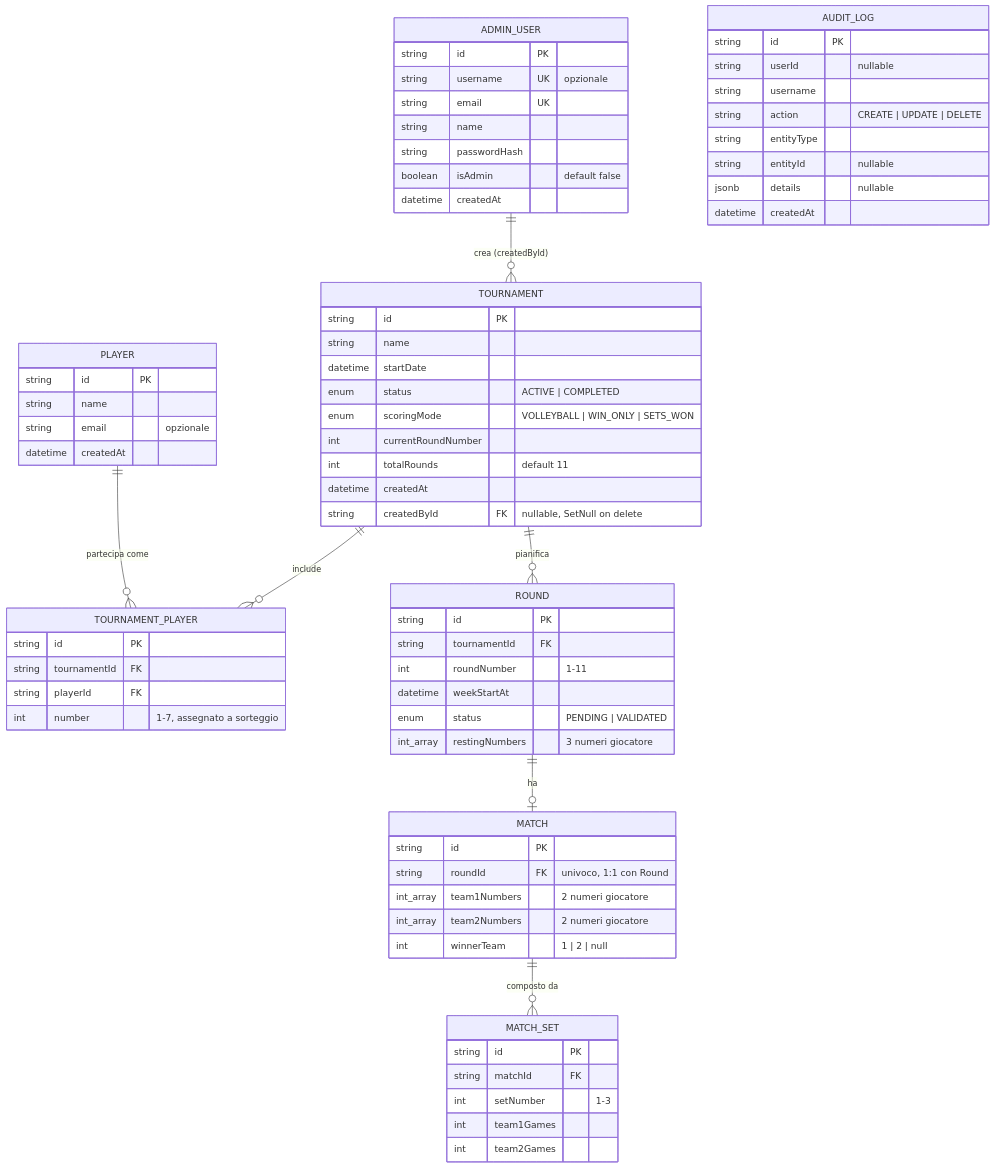
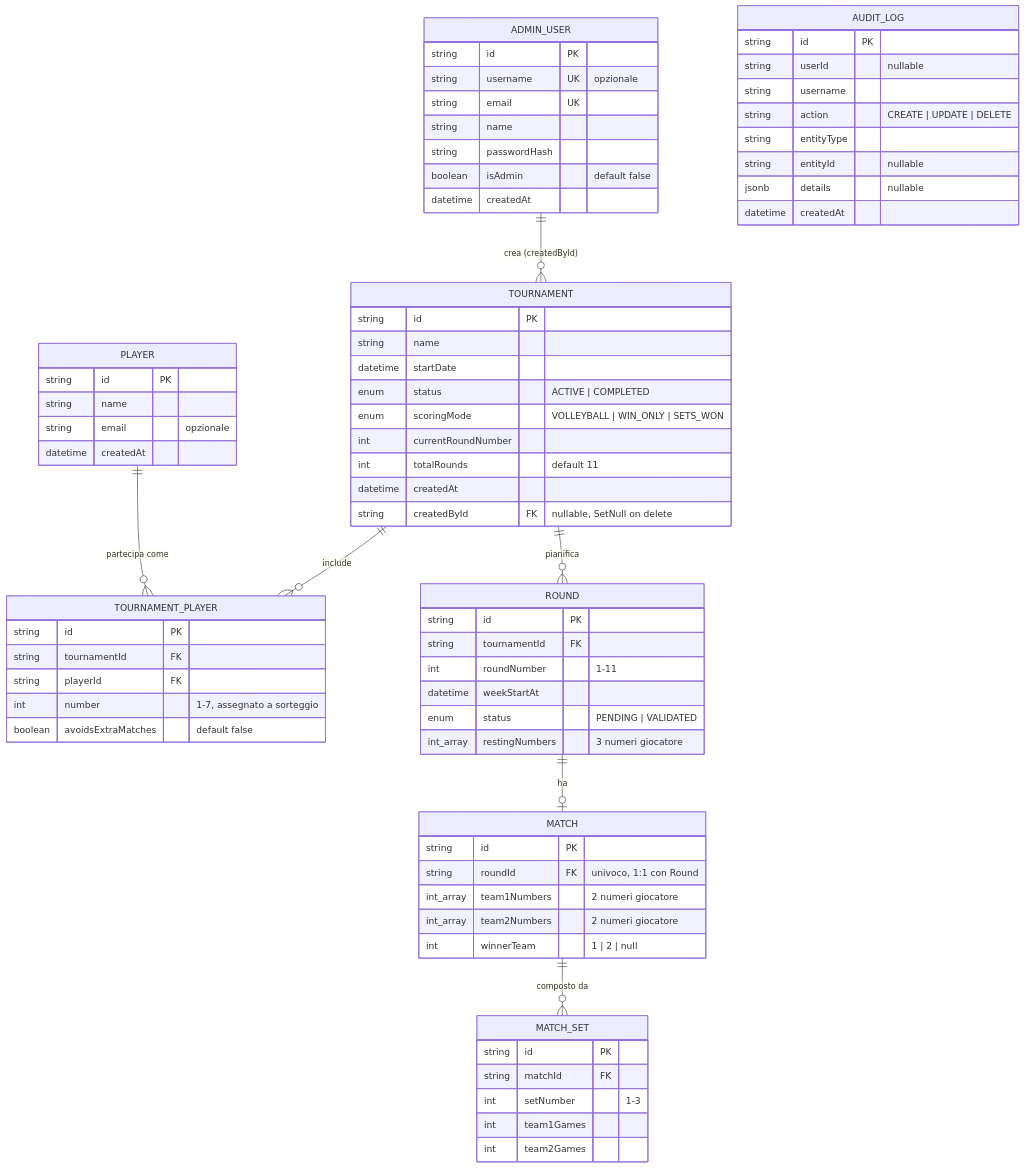
One commit to Brokenedo/padel-torneo changed the second of 2 diagrams in ARCHITECTURE.md. Above: the diagram before and after it, drawn with Mermaid. The commit also changed other lines of this file and 1 other file, not shown here.

````diff
--- a/ARCHITECTURE.md
+++ b/ARCHITECTURE.md
@@ -132,81 +147,82 @@
 ```mermaid
 erDiagram
     ADMIN_USER ||--o{ TOURNAMENT : "crea (createdById)"
     TOURNAMENT ||--o{ TOURNAMENT_PLAYER : "include"
     PLAYER ||--o{ TOURNAMENT_PLAYER : "partecipa come"
     TOURNAMENT ||--o{ ROUND : "pianifica"
     ROUND ||--o| MATCH : "ha"
     MATCH ||--o{ MATCH_SET : "composto da"
 
     ADMIN_USER {
         string id PK
         string username UK "opzionale"
         string email UK
         string name
         string passwordHash
         boolean isAdmin "default false"
         datetime createdAt
     }
 
     PLAYER {
         string id PK
         string name
         string email "opzionale"
         datetime createdAt
     }
 
     TOURNAMENT {
         string id PK
         string name
         datetime startDate
         enum status "ACTIVE | COMPLETED"
         enum scoringMode "VOLLEYBALL | WIN_ONLY | SETS_WON"
         int currentRoundNumber
         int totalRounds "default 11"
         datetime createdAt
         string createdById FK "nullable, SetNull on delete"
     }
 
     TOURNAMENT_PLAYER {
         string id PK
         string tournamentId FK
         string playerId FK
         int number "1-7, assegnato a sorteggio"
+        boolean avoidsExtraMatches "default false"
     }
 
     ROUND {
         string id PK
         string tournamentId FK
         int roundNumber "1-11"
         datetime weekStartAt
         enum status "PENDING | VALIDATED"
         int_array restingNumbers "3 numeri giocatore"
     }
 
     MATCH {
         string id PK
         string roundId FK "univoco, 1:1 con Round"
         int_array team1Numbers "2 numeri giocatore"
         int_array team2Numbers "2 numeri giocatore"
         int winnerTeam "1 | 2 | null"
     }
 
     MATCH_SET {
         string id PK
         string matchId FK
         int setNumber "1-3"
         int team1Games
         int team2Games
     }
 
     AUDIT_LOG {
         string id PK
         string userId "nullable"
         string username
         string action "CREATE | UPDATE | DELETE"
         string entityType
         string entityId "nullable"
         jsonb details "nullable"
         datetime createdAt
     }
 ```
````
